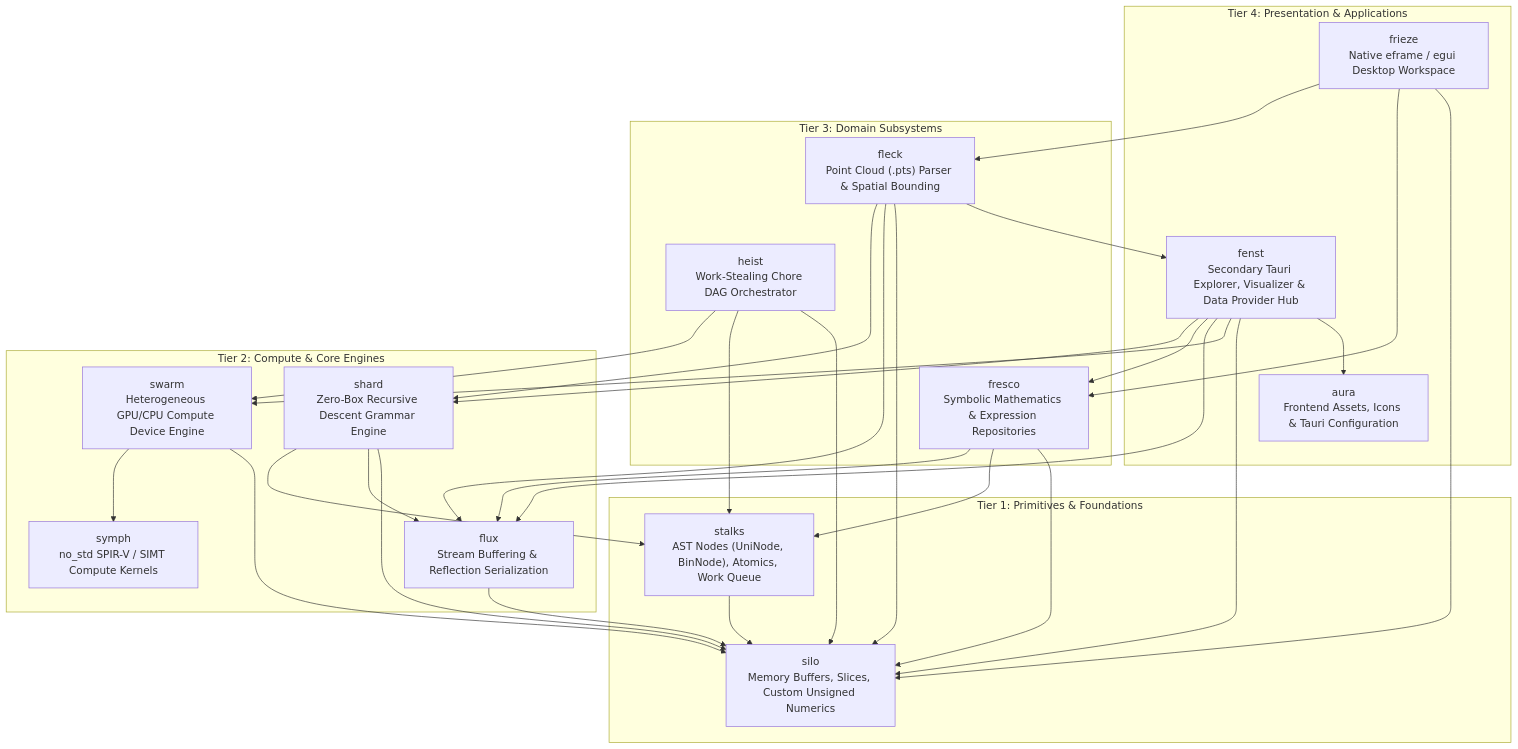
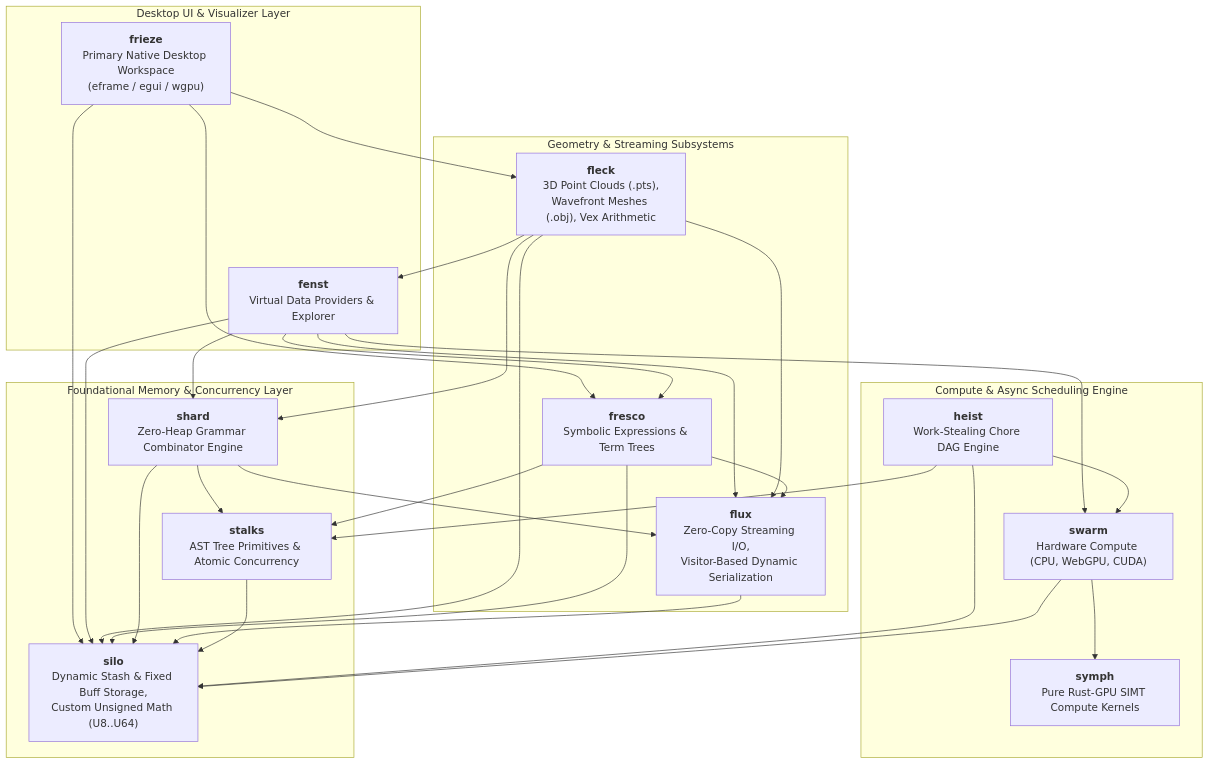
Before and after one commit to jswarup/Kosh: the diagram in wiki/Architecture.md, drawn with Mermaid. The commit also changed other lines of this file and 39 other files, not shown here.

First line of the commit message:
Remove Aura module and Tauri dependencies

````diff
--- a/wiki/Architecture.md
+++ b/wiki/Architecture.md
@@ -17,59 +7,57 @@
 ```mermaid
-graph TD
-    subgraph Layer4 ["Tier 4: Presentation & Applications"]
-        Frieze["frieze<br/>Native eframe / egui Desktop Workspace"]
-        Fenst["fenst<br/>Secondary Tauri Explorer, Visualizer & Data Provider Hub"]
-        Aura["aura<br/>Frontend Assets, Icons & Tauri Configuration"]
+flowchart TD
+    subgraph UI ["Desktop UI & Visualizer Layer"]
+        Frieze["<b>frieze</b><br/>Primary Native Desktop Workspace<br/>(eframe / egui / wgpu)"]
+        Fenst["<b>fenst</b><br/>Virtual Data Providers & Explorer"]
     end
 
-    subgraph Layer3 ["Tier 3: Domain Subsystems"]
-        Fleck["fleck<br/>Point Cloud (.pts) Parser & Spatial Bounding"]
-        Fresco["fresco<br/>Symbolic Mathematics & Expression Repositories"]
-        Heist["heist<br/>Work-Stealing Chore DAG Orchestrator"]
+    subgraph Geometry ["Geometry & Streaming Subsystems"]
+        Fleck["<b>fleck</b><br/>3D Point Clouds (.pts),<br/>Wavefront Meshes (.obj), Vex Arithmetic"]
+        Flux["<b>flux</b><br/>Zero-Copy Streaming I/O,<br/>Visitor-Based Dynamic Serialization"]
+        Fresco["<b>fresco</b><br/>Symbolic Expressions & Term Trees"]
     end
 
-    subgraph Layer2 ["Tier 2: Compute & Core Engines"]
-        Swarm["swarm<br/>Heterogeneous GPU/CPU Compute Device Engine"]
-        Symph["symph<br/>no_std SPIR-V / SIMT Compute Kernels"]
-        Shard["shard<br/>Zero-Box Recursive Descent Grammar Engine"]
-        Flux["flux<br/>Stream Buffering & Reflection Serialization"]
+    subgraph Compute ["Compute & Async Scheduling Engine"]
+        Heist["<b>heist</b><br/>Work-Stealing Chore DAG Engine"]
+        Swarm["<b>swarm</b><br/>Hardware Compute (CPU, WebGPU, CUDA)"]
+        Symph["<b>symph</b><br/>Pure Rust-GPU SIMT Compute Kernels"]
     end
 
-    subgraph Layer1 ["Tier 1: Primitives & Foundations"]
-        Stalks["stalks<br/>AST Nodes (UniNode, BinNode), Atomics, Work Queue"]
-        Silo["silo<br/>Memory Buffers, Slices, Custom Unsigned Numerics"]
+    subgraph Foundation ["Foundational Memory & Concurrency Layer"]
+        Shard["<b>shard</b><br/>Zero-Heap Grammar Combinator Engine"]
+        Stalks["<b>stalks</b><br/>AST Tree Primitives & Atomic Concurrency"]
+        Silo["<b>silo</b><br/>Dynamic Stash & Fixed Buff Storage,<br/>Custom Unsigned Math (U8..U64)"]
     end
 
     Frieze --> Fleck
     Frieze --> Fresco
     Frieze --> Silo
-    Fenst --> Shard
-    Fenst --> Fresco
+    Fenst --> Silo
     Fenst --> Flux
     Fenst --> Swarm
-    Fenst --> Silo
-    Fenst --> Aura
+    Fenst --> Fresco
+    Fenst --> Shard
 
     Fleck --> Shard
+    Fleck --> Silo
     Fleck --> Flux
-    Fleck --> Silo
     Fleck --> Fenst
 
+    Fresco --> Silo
     Fresco --> Flux
     Fresco --> Stalks
-    Fresco --> Silo
 
+    Heist --> Silo
+    Heist --> Stalks
     Heist --> Swarm
-    Heist --> Stalks
-    Heist --> Silo
 
+    Swarm --> Silo
     Swarm --> Symph
-    Swarm --> Silo
 
+    Shard --> Silo
     Shard --> Stalks
     Shard --> Flux
-    Shard --> Silo
 
     Flux --> Silo
     Stalks --> Silo
 ```
````
